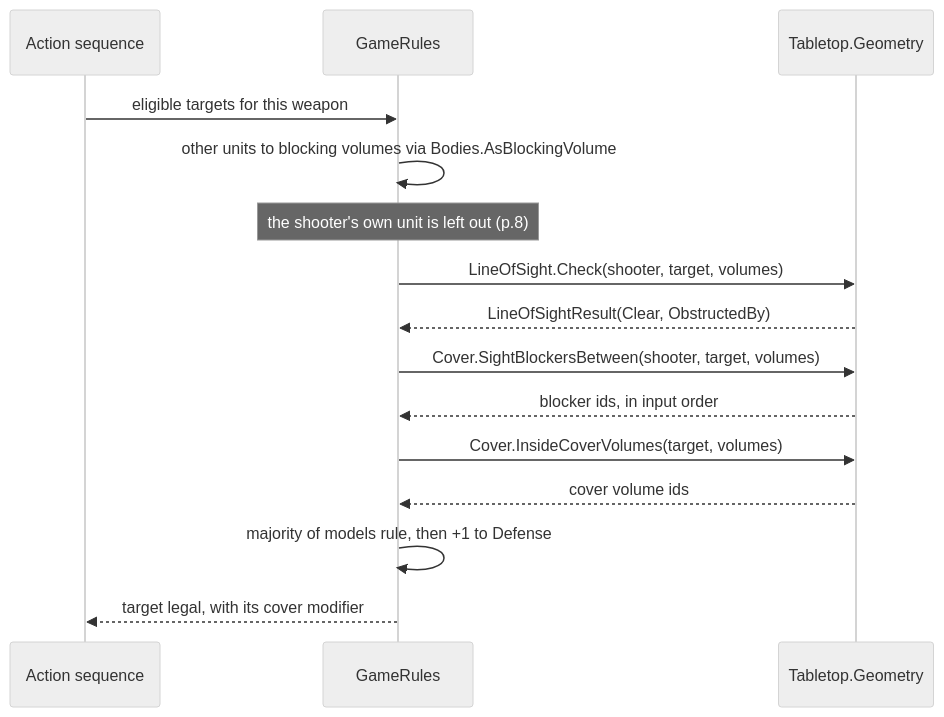
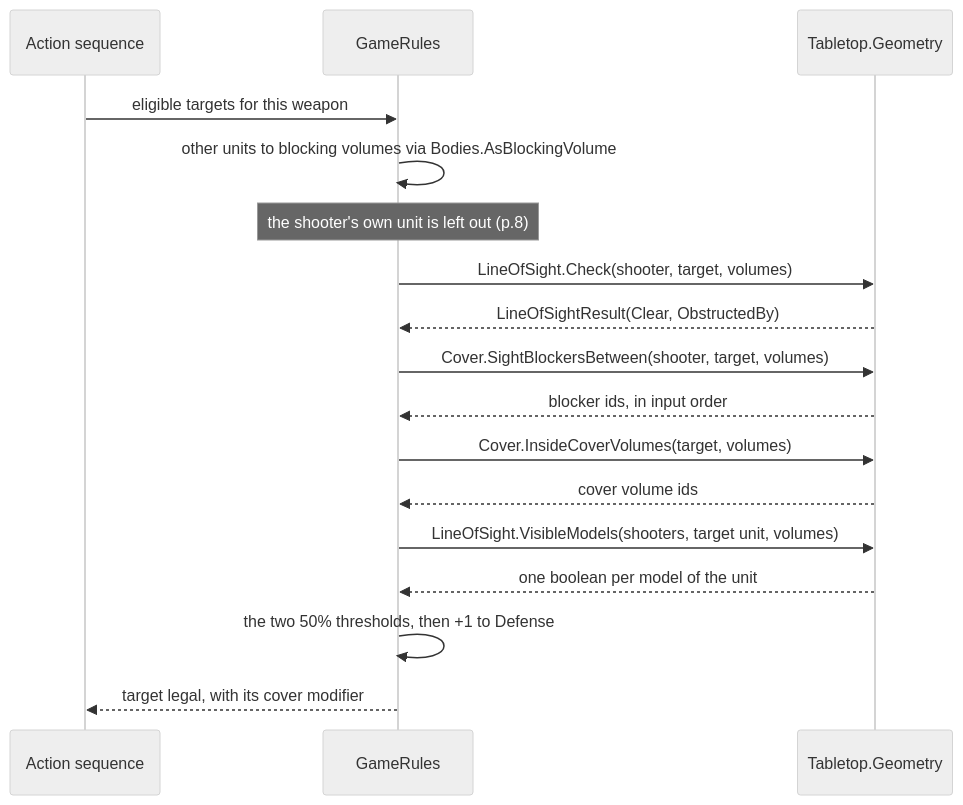
One commit to cstupi/tabletop changed the ninth of 12 diagrams in docs/design/geometry/design.md. Above: the diagram before and after it, drawn with Mermaid (neutral theme). The commit also changed other lines of this file and 25 other files, not shown here.

````diff
--- a/docs/design/geometry/design.md
+++ b/docs/design/geometry/design.md
@@ -830,17 +897,19 @@
 ```mermaid
 sequenceDiagram
     participant Seq as Action sequence
     participant GR as GameRules
     participant Geo as Tabletop.Geometry
     Seq->>GR: eligible targets for this weapon
     GR->>GR: other units to blocking volumes via Bodies.AsBlockingVolume
     Note over GR: the shooter's own unit is left out (p.8)
     GR->>Geo: LineOfSight.Check(shooter, target, volumes)
     Geo-->>GR: LineOfSightResult(Clear, ObstructedBy)
     GR->>Geo: Cover.SightBlockersBetween(shooter, target, volumes)
     Geo-->>GR: blocker ids, in input order
     GR->>Geo: Cover.InsideCoverVolumes(target, volumes)
     Geo-->>GR: cover volume ids
-    GR->>GR: majority of models rule, then +1 to Defense
+    GR->>Geo: LineOfSight.VisibleModels(shooters, target unit, volumes)
+    Geo-->>GR: one boolean per model of the unit
+    GR->>GR: the two 50% thresholds, then +1 to Defense
     GR-->>Seq: target legal, with its cover modifier
 ```
````
